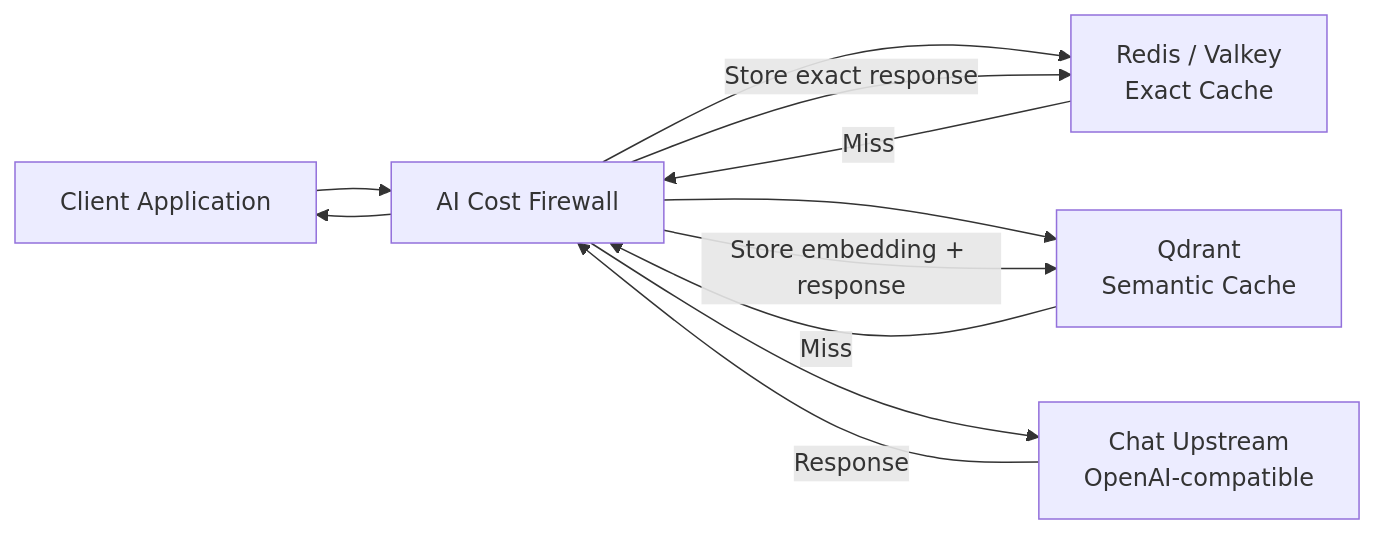
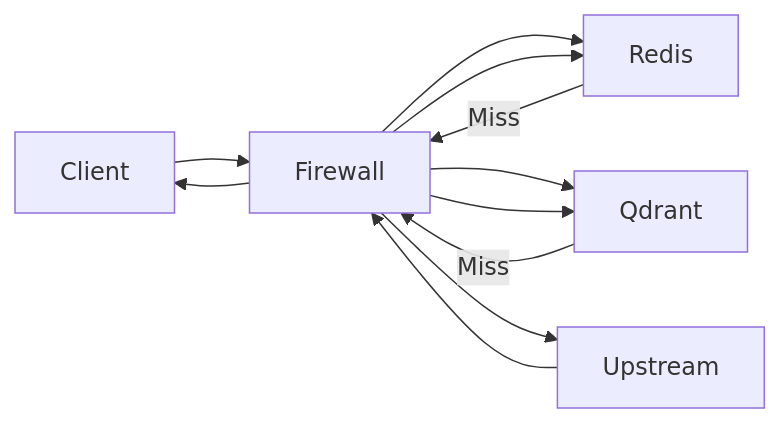
One commit to vcal-project/ai-firewall changed the fifth of 5 diagrams in docs/architecture.md. Above: the diagram before and after it, drawn with Mermaid. The commit also changed other lines of this file and 28 other files, not shown here.

````diff
--- a/docs/architecture.md
+++ b/docs/architecture.md
@@ -308,25 +527,23 @@
 ```mermaid
 flowchart LR
-
-    Client[Client Application]
-    Firewall[AI Cost Firewall]
-    Redis[Redis / Valkey<br/>Exact Cache]
-    Qdrant[Qdrant<br/>Semantic Cache]
-    Upstream[Chat Upstream<br/>OpenAI-compatible]
 
     Client --> Firewall
 
     Firewall --> Redis
+
     Redis -->|Miss| Firewall
 
     Firewall --> Qdrant
+
     Qdrant -->|Miss| Firewall
 
     Firewall --> Upstream
-    Upstream -->|Response| Firewall
 
-    Firewall -->|Store exact response| Redis
-    Firewall -->|Store embedding + response| Qdrant
+    Upstream --> Firewall
+
+    Firewall --> Redis
+
+    Firewall --> Qdrant
 
     Firewall --> Client
 ```
````
